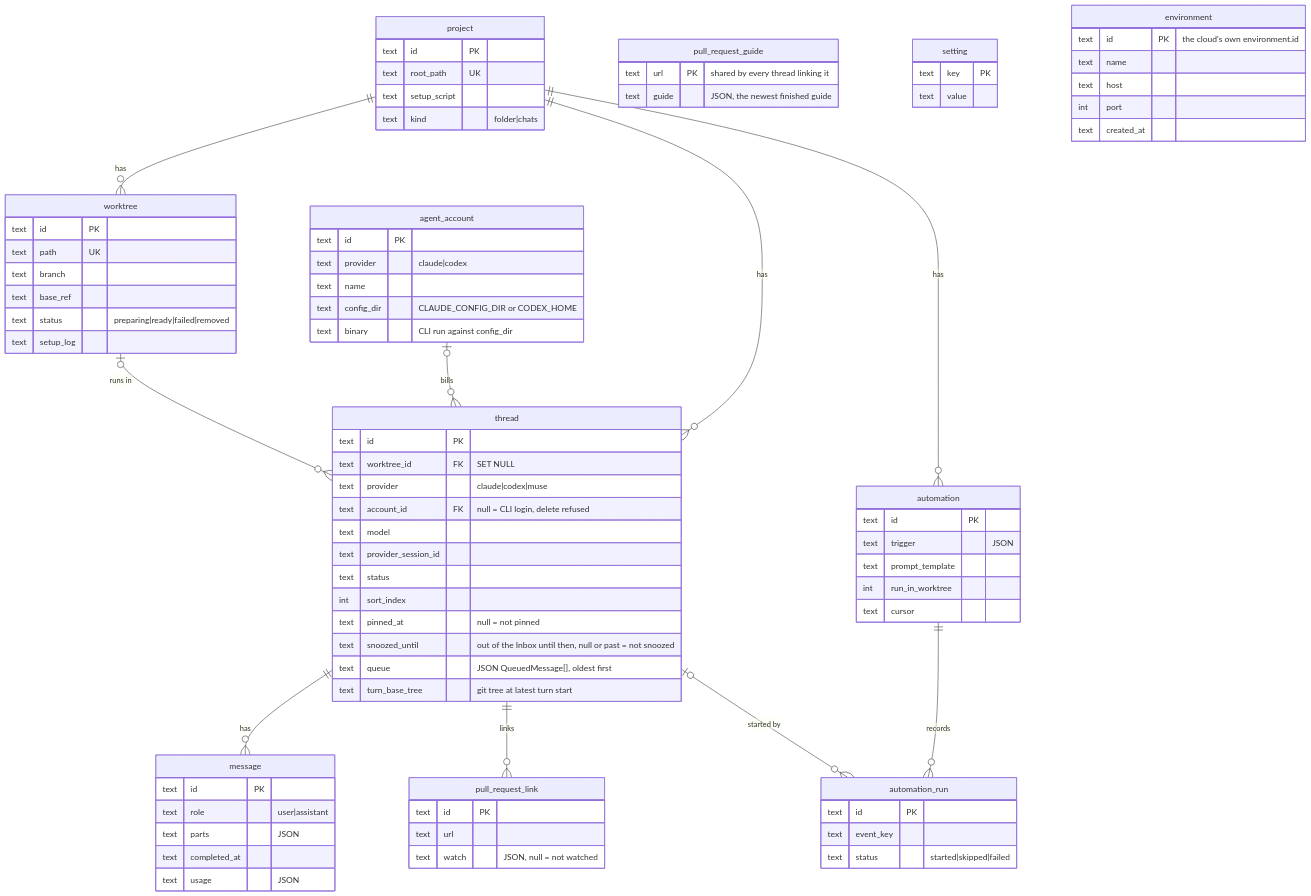
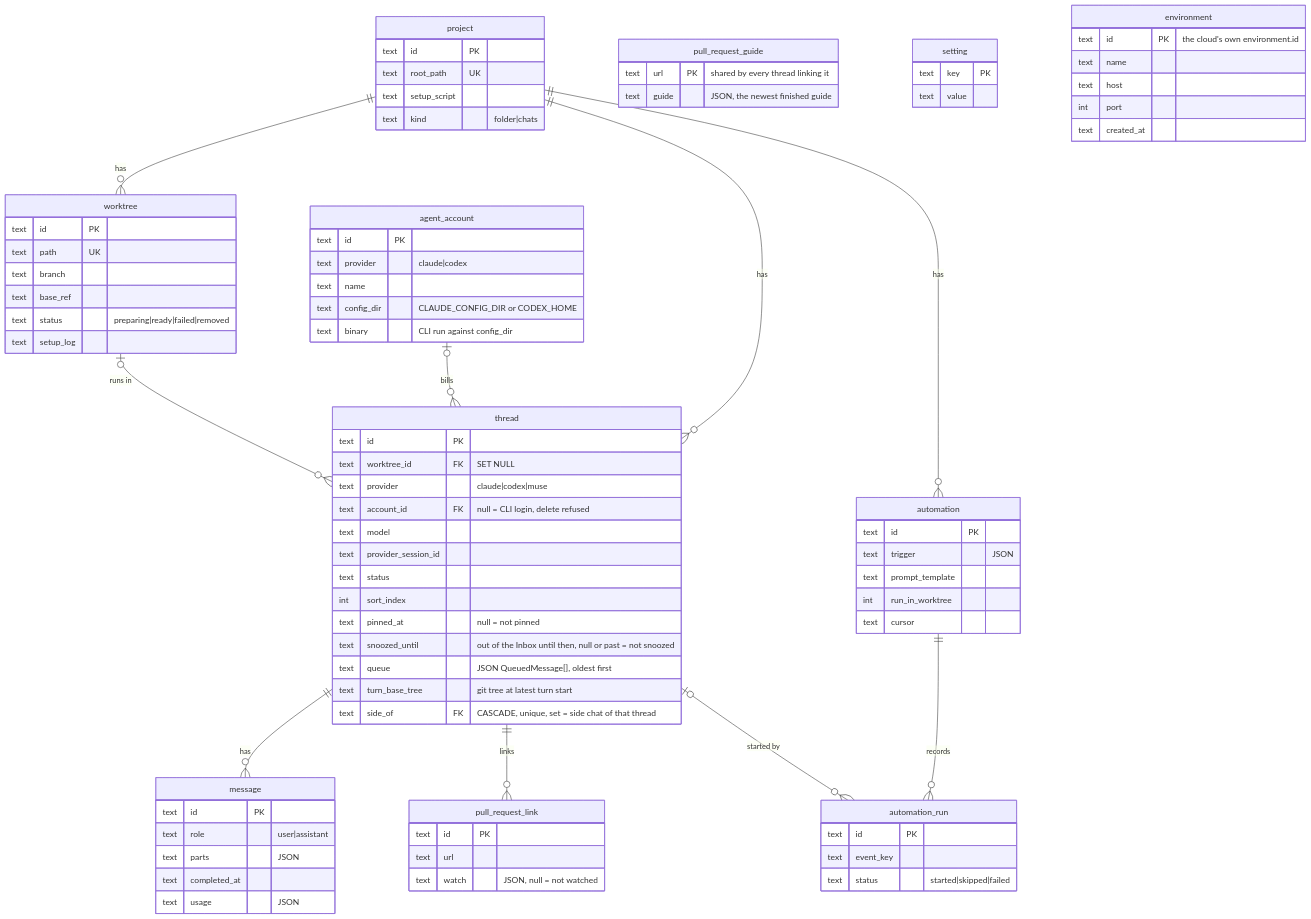
One commit to hinadev-ai/hinacode changed diagram 12 of 17 in docs/arch.md. Above: the diagram before and after it, drawn with Mermaid. The commit also changed 35 other files, not shown here.

First line of the commit message:
feat(threads): ask a forked side chat while a turn runs

```diff
--- a/docs/arch.md
+++ b/docs/arch.md
@@ -411,6 +411,7 @@
     text snoozed_until "out of the Inbox until then, null or past = not snoozed"
     text queue "JSON QueuedMessage[], oldest first"
     text turn_base_tree "git tree at latest turn start"
+    text side_of FK "CASCADE, unique, set = side chat of that thread"
   }
   message {
     text id PK
```
